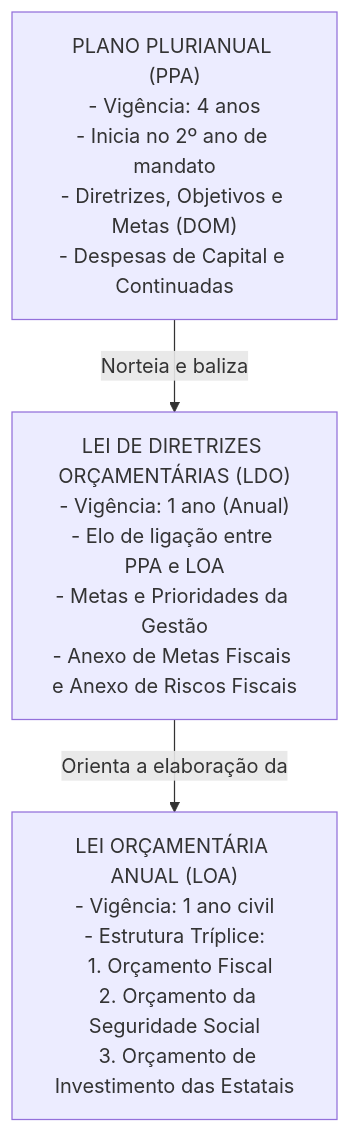
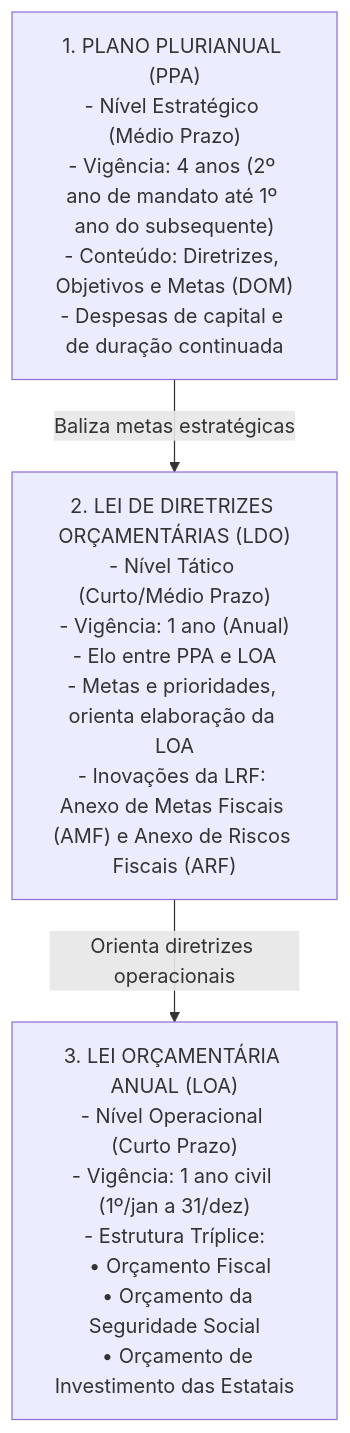
The third of 5 diagrams in fontes_de_estudo/conhecimentos_especificos_a01_tecnico_administrativo/19_nocoes_de_administracao_financeira_e_orcamentaria/01_orcamento_publico_principios_e_ciclo_ppa_ldo_loa.md (thiagosantos346/TCE-GO-2027), drawn with Mermaid before and after one commit. The commit also changed other lines of this file and 119 other files, not shown here.

````diff
--- a/fontes_de_estudo/conhecimentos_especificos_a01_tecnico_administrativo/19_nocoes_de_administracao_financeira_e_orcamentaria/01_orcamento_publico_principios_e_ciclo_ppa_ldo_loa.md
+++ b/fontes_de_estudo/conhecimentos_especificos_a01_tecnico_administrativo/19_nocoes_de_administracao_financeira_e_orcamentaria/01_orcamento_publico_principios_e_ciclo_ppa_ldo_loa.md
@@ -134,9 +177,11 @@
 ```mermaid
 flowchart TD
-    PPA["PLANO PLURIANUAL (PPA)<br/>- Vigência: 4 anos<br/>- Inicia no 2º ano de mandato<br/>- Diretrizes, Objetivos e Metas (DOM)<br/>- Despesas de Capital e Continuadas"]
-    LDO["LEI DE DIRETRIZES ORÇAMENTÁRIAS (LDO)<br/>- Vigência: 1 ano (Anual)<br/>- Elo de ligação entre PPA e LOA<br/>- Metas e Prioridades da Gestão<br/>- Anexo de Metas Fiscais e Anexo de Riscos Fiscais"]
-    LOA["LEI ORÇAMENTÁRIA ANUAL (LOA)<br/>- Vigência: 1 ano civil<br/>- Estrutura Tríplice:<br/>  1. Orçamento Fiscal<br/>  2. Orçamento da Seguridade Social<br/>  3. Orçamento de Investimento das Estatais"]
+    PPA["1. PLANO PLURIANUAL (PPA)<br/>- Nível Estratégico (Médio Prazo)<br/>- Vigência: 4 anos (2º ano de mandato até 1º ano do subsequente)<br/>- Conteúdo: Diretrizes, Objetivos e Metas (DOM)<br/>- Despesas de capital e de duração continuada"]
+    
+    LDO["2. LEI DE DIRETRIZES ORÇAMENTÁRIAS (LDO)<br/>- Nível Tático (Curto/Médio Prazo)<br/>- Vigência: 1 ano (Anual)<br/>- Elo entre PPA e LOA<br/>- Metas e prioridades, orienta elaboração da LOA<br/>- Inovações da LRF: Anexo de Metas Fiscais (AMF) e Anexo de Riscos Fiscais (ARF)"]
+    
+    LOA["3. LEI ORÇAMENTÁRIA ANUAL (LOA)<br/>- Nível Operacional (Curto Prazo)<br/>- Vigência: 1 ano civil (1º/jan a 31/dez)<br/>- Estrutura Tríplice:<br/>  • Orçamento Fiscal<br/>  • Orçamento da Seguridade Social<br/>  • Orçamento de Investimento das Estatais"]
 
-    PPA -->|Norteia e baliza| LDO
-    LDO -->|Orienta a elaboração da| LOA
+    PPA -->|Baliza metas estratégicas| LDO
+    LDO -->|Orienta diretrizes operacionais| LOA
 ```
````
